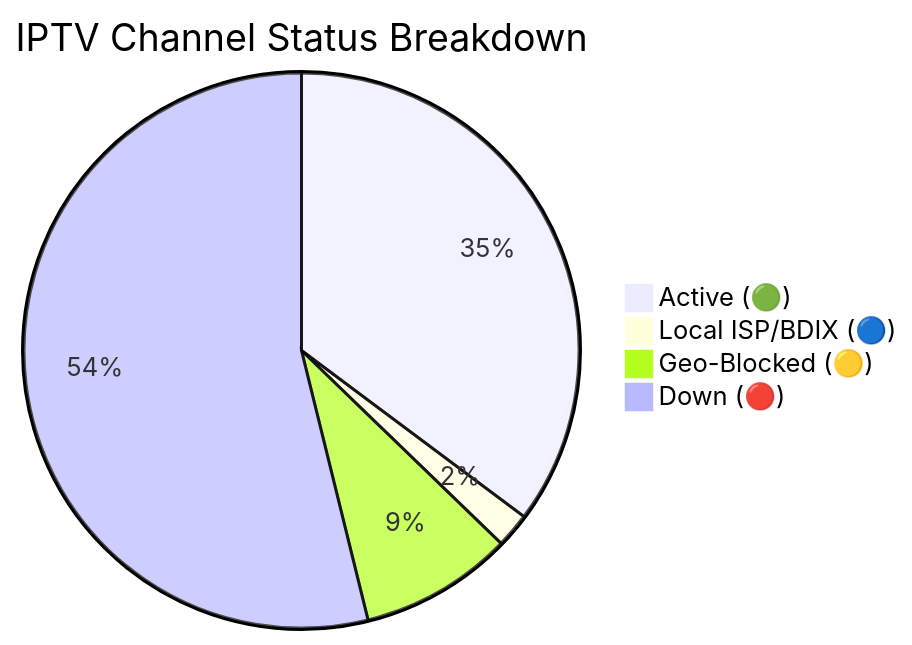
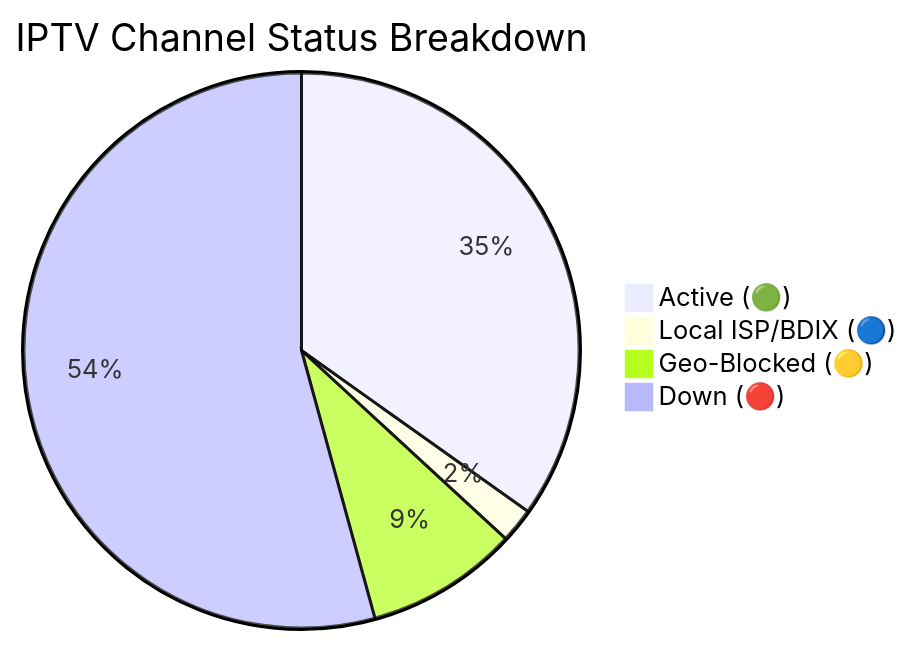
Before and after one commit to andreataylord/Ip-tv-Collection: the diagram in README.md, drawn with Mermaid. The commit also changed other lines of this file and 2 other files, not shown here.

````diff
--- a/README.md
+++ b/README.md
@@ -59,7 +59,7 @@
 ```mermaid
 pie title IPTV Channel Status Breakdown
-    "Active (🟢)" : 2230
+    "Active (🟢)" : 2211
     "Local ISP/BDIX (🔵)" : 128
-    "Geo-Blocked (🟡)" : 565
-    "Down (🔴)" : 3411
+    "Geo-Blocked (🟡)" : 564
+    "Down (🔴)" : 3444
 ```
````
